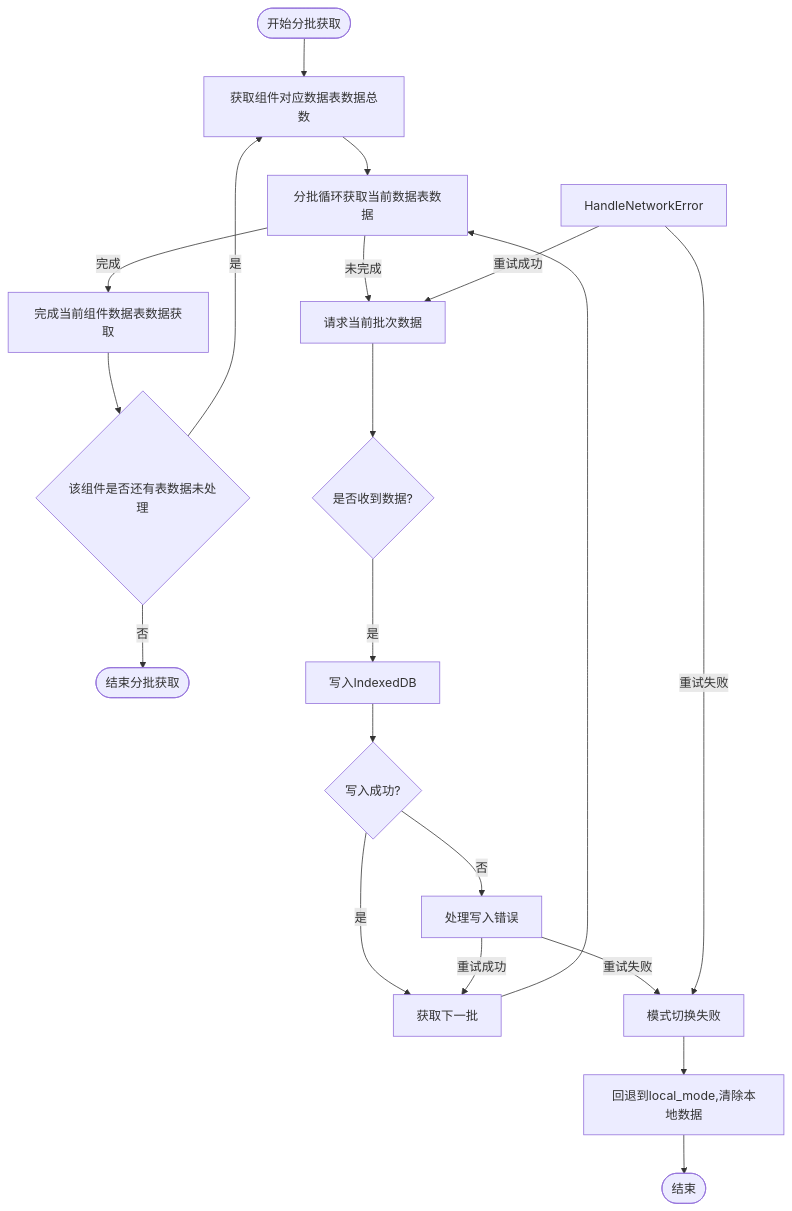
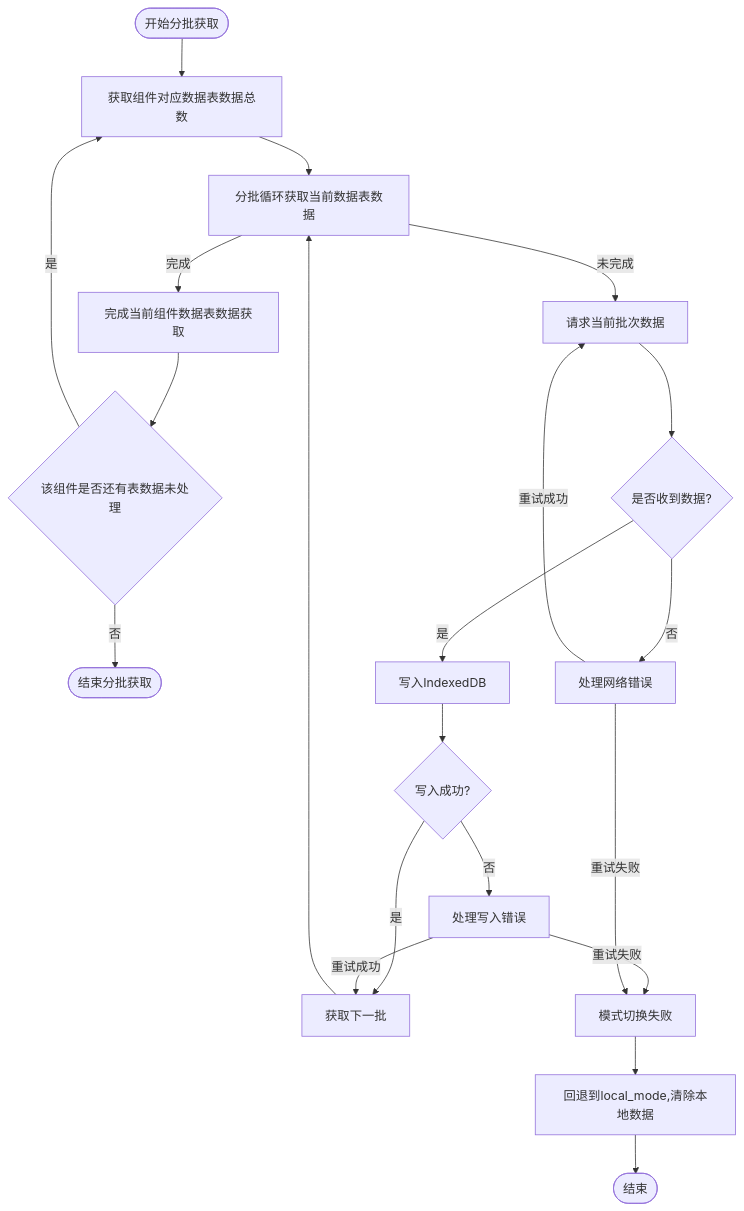
The diagram in all/未命名-56.md (yingjianzh/iodraw-files), drawn with Mermaid before and after one commit.

Commit message:
2025-05-12 10:34:40 update

````diff
--- a/all/未命名-56.md
+++ b/all/未命名-56.md
@@ -1,34 +1,35 @@
 ```mermaid
 
 flowchart TD
     StartBatch([开始分批获取]) --> InitializeBatch[获取组件对应数据表数据总数]
     InitializeBatch --> CheckBatchSize[分批循环获取当前数据表数据]
     
     CheckBatchSize -->|完成| BatchComplete[完成当前组件数据表数据获取]
 
     BatchComplete --> HasNext{该组件是否还有表数据未处理}
 
     HasNext --> |是| InitializeBatch
     HasNext --> |否| EndBatch([结束分批获取])
 
     
     CheckBatchSize -->|未完成| RequestBatch[请求当前批次数据]
     RequestBatch --> ReceiveBatch{是否收到数据?}
-    
+    ReceiveBatch -->|否| HandleNetworkError[处理网络错误]
     ReceiveBatch -->|是| WriteToDB[写入IndexedDB]
     
     WriteToDB --> BatchSuccess{写入成功?}
     BatchSuccess -->|是| NextBatch[获取下一批]
     BatchSuccess -->|否| HandleError[处理写入错误]
     HandleError -->|重试成功| NextBatch
     HandleError -->|重试失败| ModeFailed[模式切换失败]
     ModeFailed --> Abort[回退到local_mode,清除本地数据]
     Abort --> End([结束])
     
+    
     HandleNetworkError -->|重试成功| RequestBatch
     HandleNetworkError -->|重试失败| ModeFailed
     
     NextBatch --> CheckBatchSize
     
 
 ```
````
